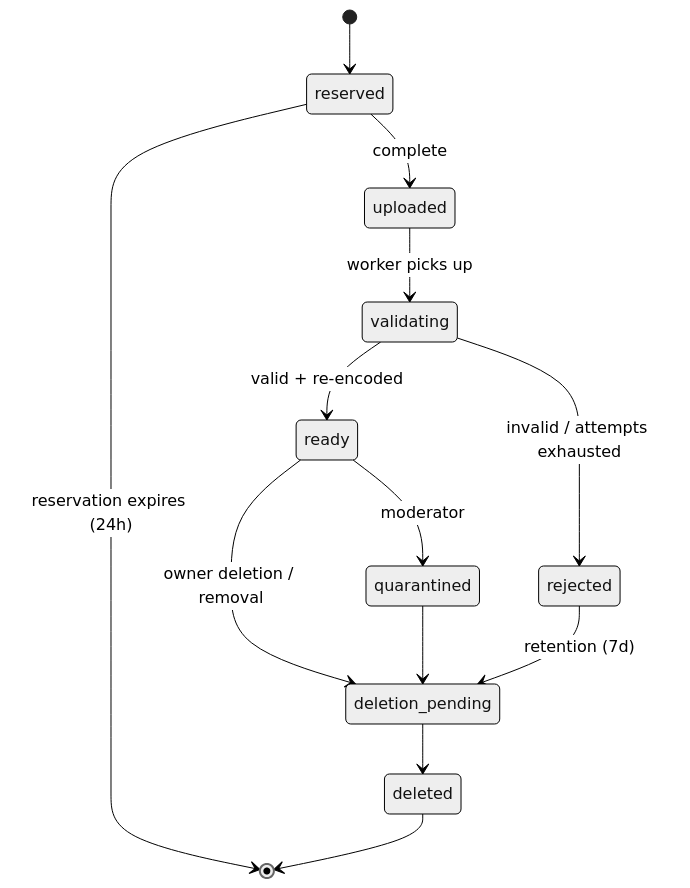
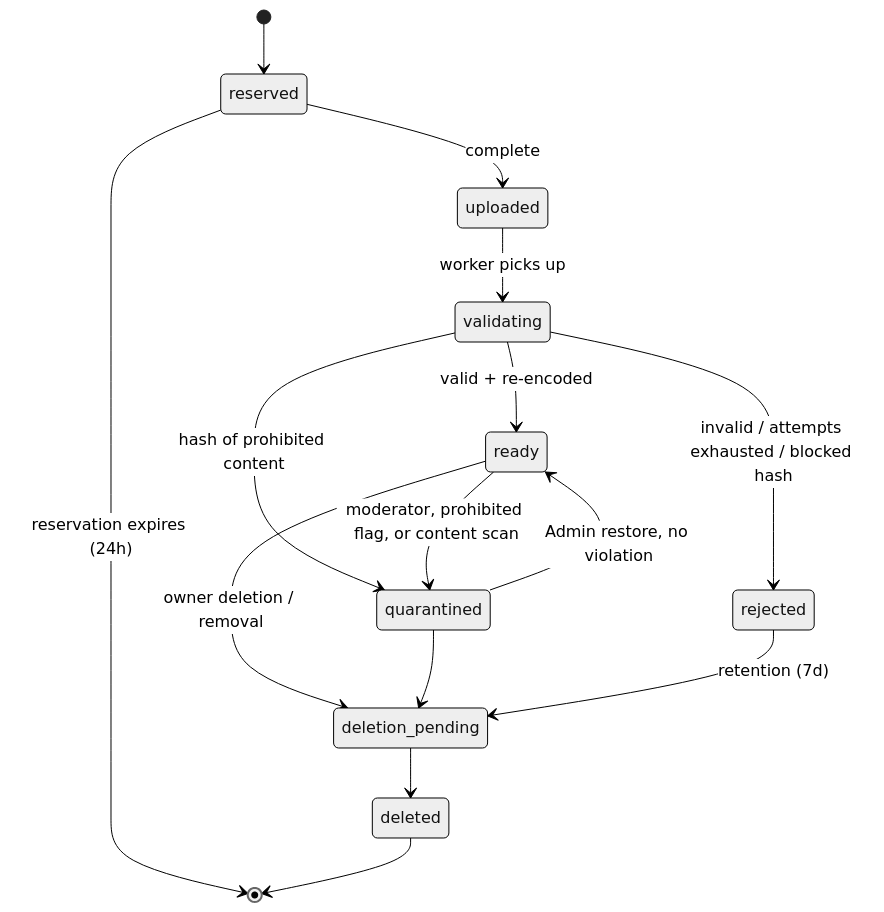
The first of 2 diagrams in docs/SPEC.md (Zero-State-LLC/JChain), drawn with Mermaid (neutral theme) before and after one commit. The commit also changed other lines of this file and 3 other files, not shown here.

````diff
--- a/docs/SPEC.md
+++ b/docs/SPEC.md
@@ -177,15 +192,17 @@
 ```mermaid
 stateDiagram-v2
   [*] --> reserved
   reserved --> uploaded: complete
   reserved --> [*]: reservation expires (24h)
   uploaded --> validating: worker picks up
   validating --> ready: valid + re-encoded
-  validating --> rejected: invalid / attempts exhausted
-  ready --> quarantined: moderator
+  validating --> rejected: invalid / attempts exhausted / blocked hash
+  validating --> quarantined: hash of prohibited content
+  ready --> quarantined: moderator, prohibited flag, or content scan
+  quarantined --> ready: Admin restore, no violation
   ready --> deletion_pending: owner deletion / removal
   quarantined --> deletion_pending
   rejected --> deletion_pending: retention (7d)
   deletion_pending --> deleted
   deleted --> [*]
 ```
````
